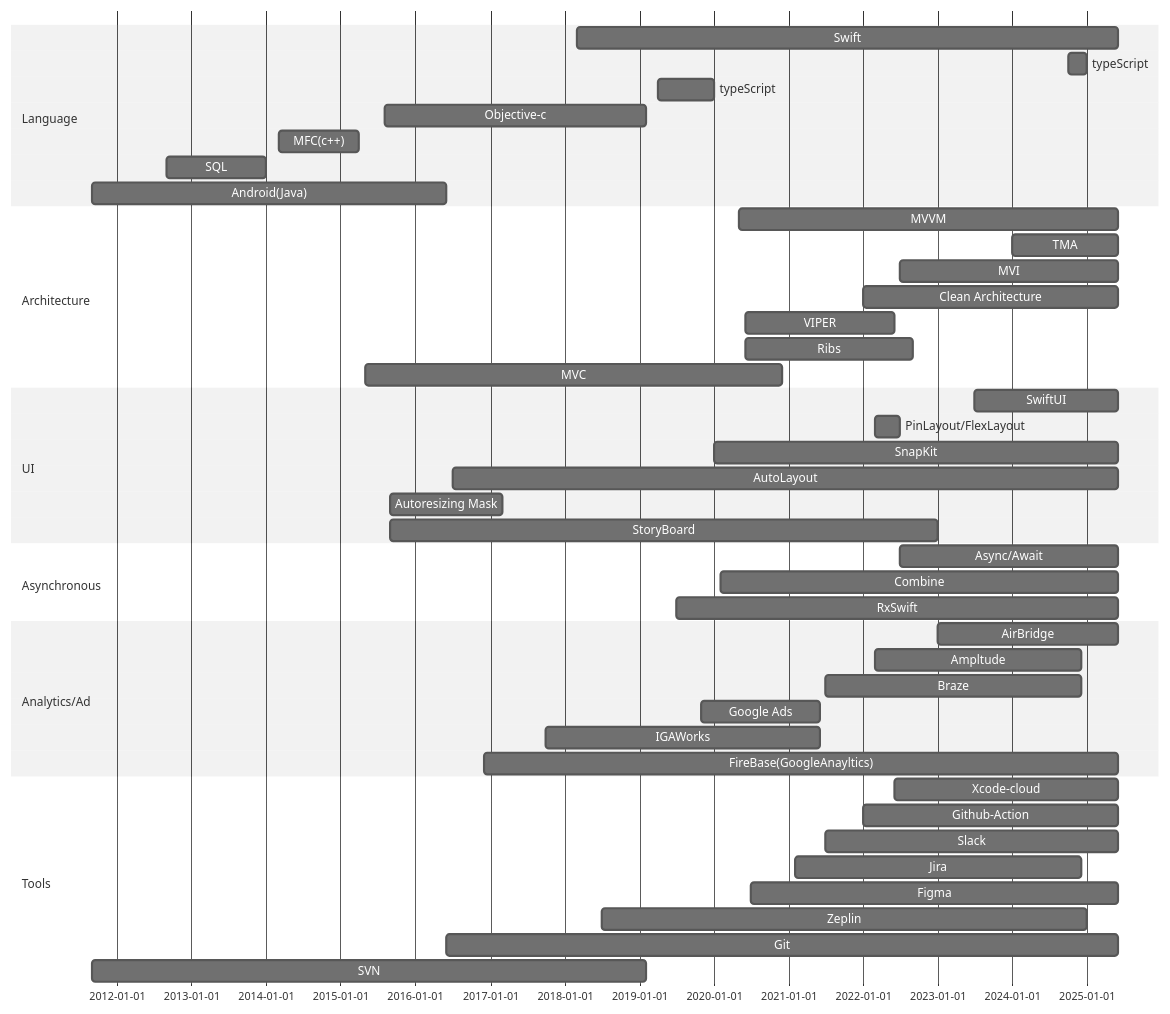
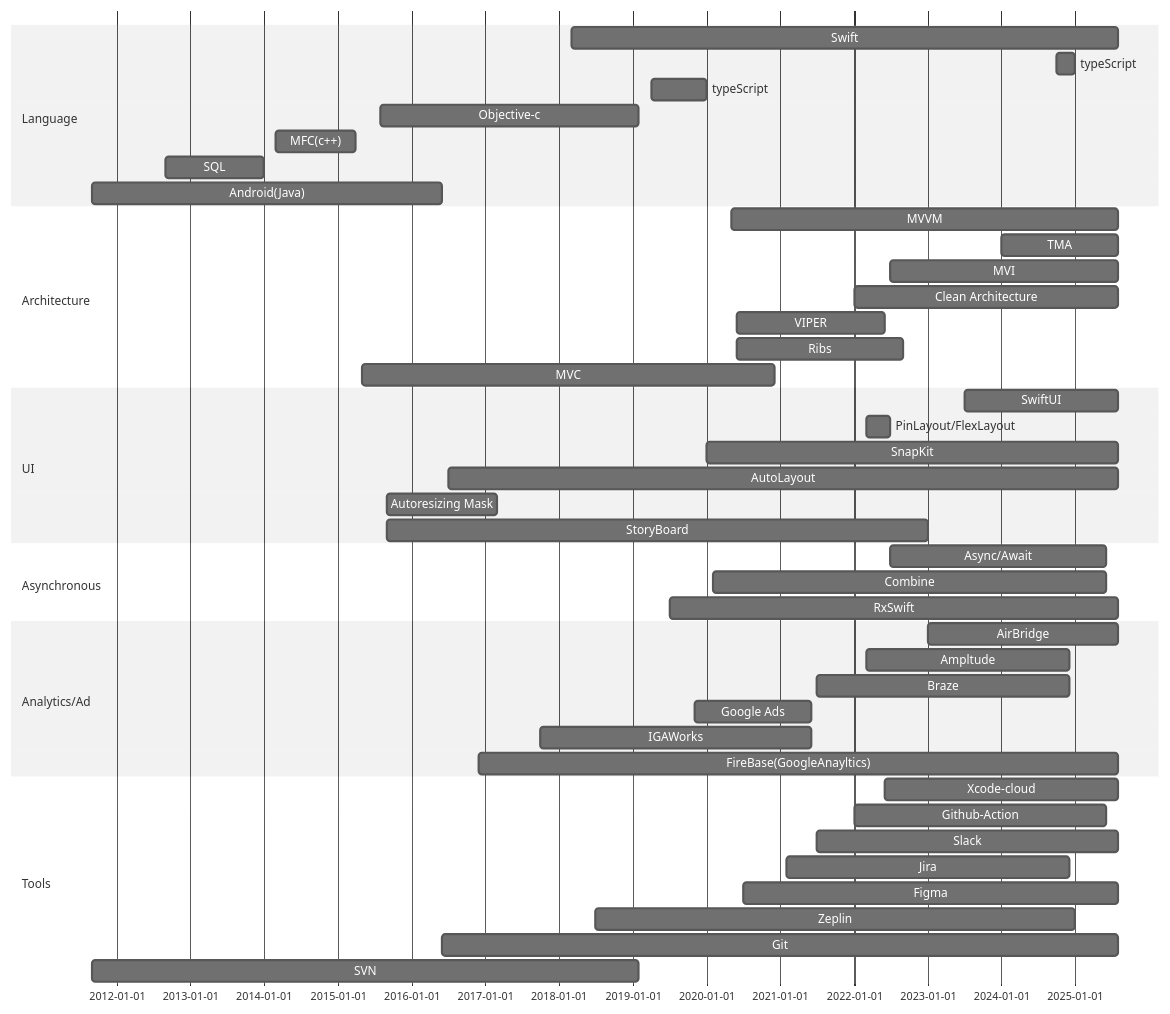
The first of 3 diagrams in PORTFOLIO.md (talq44/resume_portfolio), drawn with Mermaid (neutral theme) before and after one commit. The commit also changed other lines of this file and 1 other file, not shown here.

Commit message:
내용 추가

````diff
--- a/PORTFOLIO.md
+++ b/PORTFOLIO.md
@@ -23,52 +23,52 @@
 ``` mermaid
 gantt
   dateFormat  YYYY-MM
   section Language
-  Swift :i3, 2018-03, 2025-06
+  Swift :i3, 2018-03, 2025-08
   typeScript :a1, 2024-10, 2025-01
   typeScript :a1, 2019-04, 2020-01
   Objective-c :l5, 2015-08, 2019-02
   MFC(c++) :l3, 2014-03, 2015-04
   SQL :l2, 2012-09, 2014-01
   Android(Java) :l1, 2011-09, 2016-06
 
   section Architecture
-  MVVM :a1, 2020-05, 2025-06
-  TMA: a5, 2024-01, 2025-06
-  MVI :a2, 2022-07, 2025-06
-  Clean Architecture :a1, 2022-01, 2025-06
+  MVVM :a1, 2020-05, 2025-08
+  TMA: a5, 2024-01, 2025-08
+  MVI :a2, 2022-07, 2025-08
+  Clean Architecture :a1, 2022-01, 2025-08
   VIPER: a4, 2020-06, 2022-06
   Ribs: a4, 2020-06, 2022-09
   MVC : a3, 2015-05, 2020-12
 
   section UI
-  SwiftUI : c1, 2023-07, 2025-06
+  SwiftUI : c1, 2023-07, 2025-08
   PinLayout/FlexLayout : u3, 2022-03, 2022-07
-  SnapKit : c3, 2020-01, 2025-06
-  AutoLayout : c2, 2016-07, 2025-06
+  SnapKit : c3, 2020-01, 2025-08
+  AutoLayout : c2, 2016-07, 2025-08
   Autoresizing Mask : u2, 2015-09, 2017-03
   StoryBoard : u1, 2015-09, 2023-01
 
   section Asynchronous
   Async/Await: r3, 2022-07, 2025-06
   Combine: r2, 2020-02, 2025-06
-  RxSwift: r1, 2019-07, 2025-06
+  RxSwift: r1, 2019-07, 2025-08
 
   section Analytics/Ad
-  AirBridge : s3, 2023-01, 2025-06
+  AirBridge : s3, 2023-01, 2025-08
   Ampltude : s2, 2022-03, 2024-12
   Braze : s2, 2021-07, 2024-12
   Google Ads: aa2, 2019-11, 2021-06
   IGAWorks : aa1, 2017-10, 2021-06
-  FireBase(GoogleAnayltics) : s2, 2016-12, 2025-06
+  FireBase(GoogleAnayltics) : s2, 2016-12, 2025-08
 
   section Tools
-  Xcode-cloud: t6, 2022-06, 2025-06
+  Xcode-cloud: t6, 2022-06, 2025-08
   Github-Action: t6, 2022-01, 2025-06
-  Slack: t5, 2021-07, 2025-06
+  Slack: t5, 2021-07, 2025-08
   Jira: t4, 2021-02, 2024-12
-  Figma: t3, 2020-07, 2025-06
+  Figma: t3, 2020-07, 2025-08
   Zeplin: t2, 2018-07, 2025-01
-  Git: t1, 2016-06, 2025-06
+  Git: t1, 2016-06, 2025-08
   SVN: t0, 2011-09, 2019-02
 ```
````
